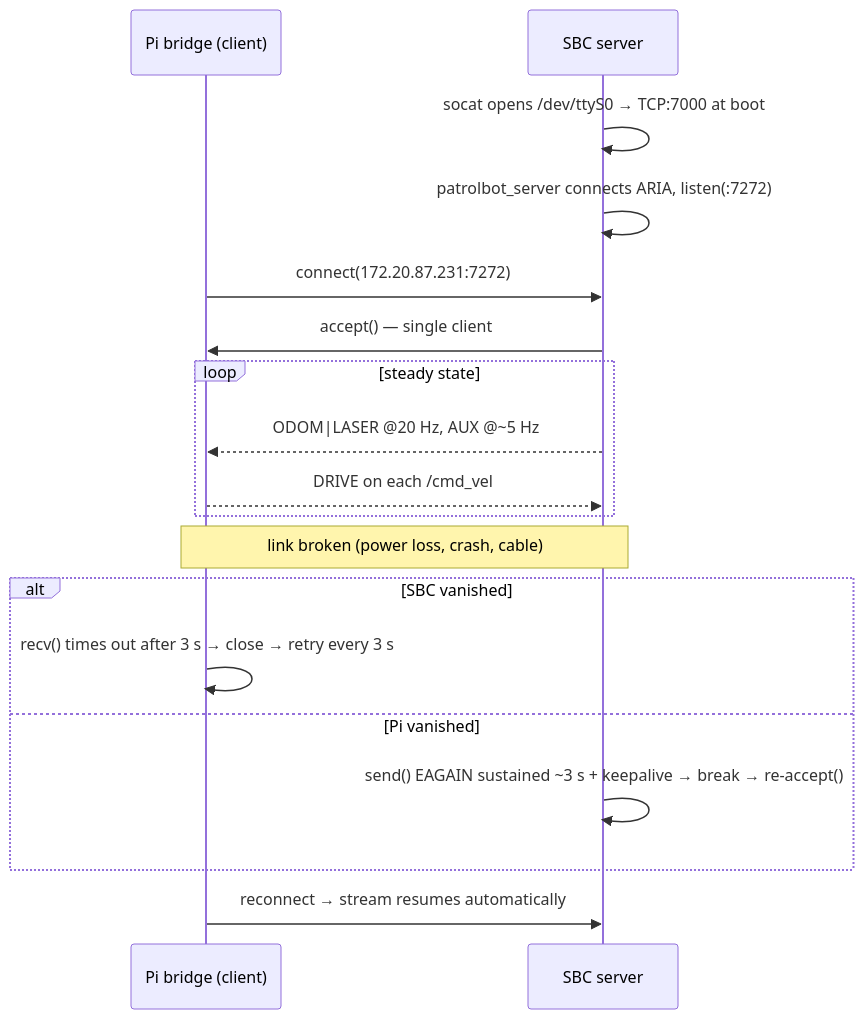
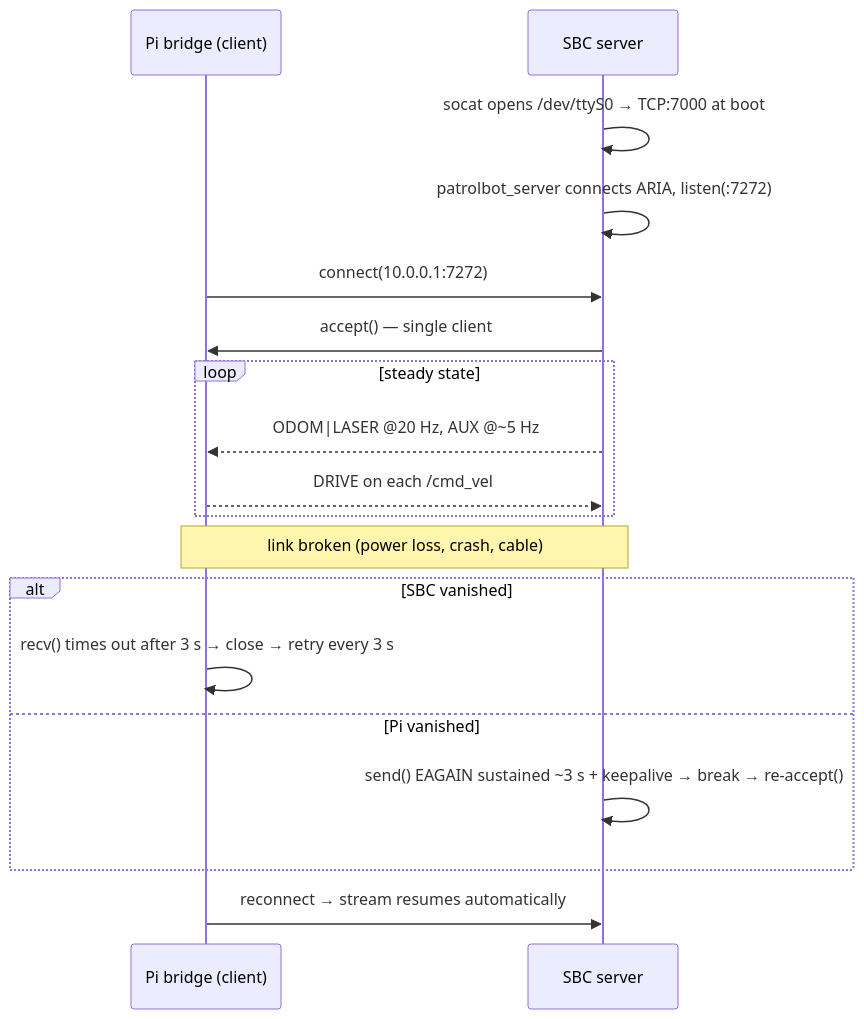
Before and after one commit to cmu-impactlab/patrolbot: the second of 2 diagrams in docs/architecture/communication-architecture.md, drawn with Mermaid. The commit also changed other lines of this file and 103 other files, not shown here.

````diff
--- a/docs/architecture/communication-architecture.md
+++ b/docs/architecture/communication-architecture.md
@@ -105,21 +105,21 @@
 ```mermaid
 sequenceDiagram
     participant Pi as Pi bridge (client)
     participant SBC as SBC server
 
     SBC->>SBC: socat opens /dev/ttyS0 → TCP:7000 at boot
     SBC->>SBC: patrolbot_server connects ARIA, listen(:7272)
-    Pi->>SBC: connect(172.20.87.231:7272)
+    Pi->>SBC: connect(10.0.0.1:7272)
     SBC->>Pi: accept() — single client
     loop steady state
         SBC-->>Pi: ODOM|LASER @20 Hz, AUX @~5 Hz
         Pi-->>SBC: DRIVE on each /cmd_vel
     end
     Note over Pi,SBC: link broken (power loss, crash, cable)
     alt SBC vanished
         Pi->>Pi: recv() times out after 3 s → close → retry every 3 s
     else Pi vanished
         SBC->>SBC: send() EAGAIN sustained ~3 s + keepalive → break → re-accept()
     end
     Pi->>SBC: reconnect → stream resumes automatically
 ```
````
